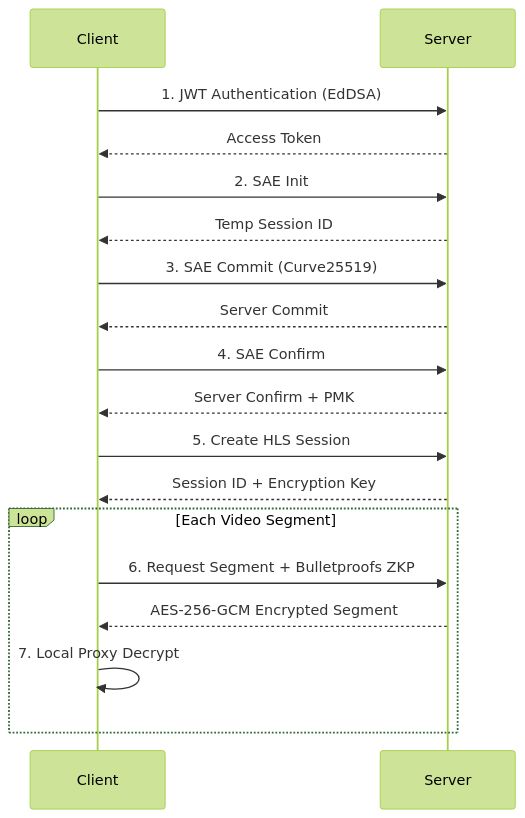
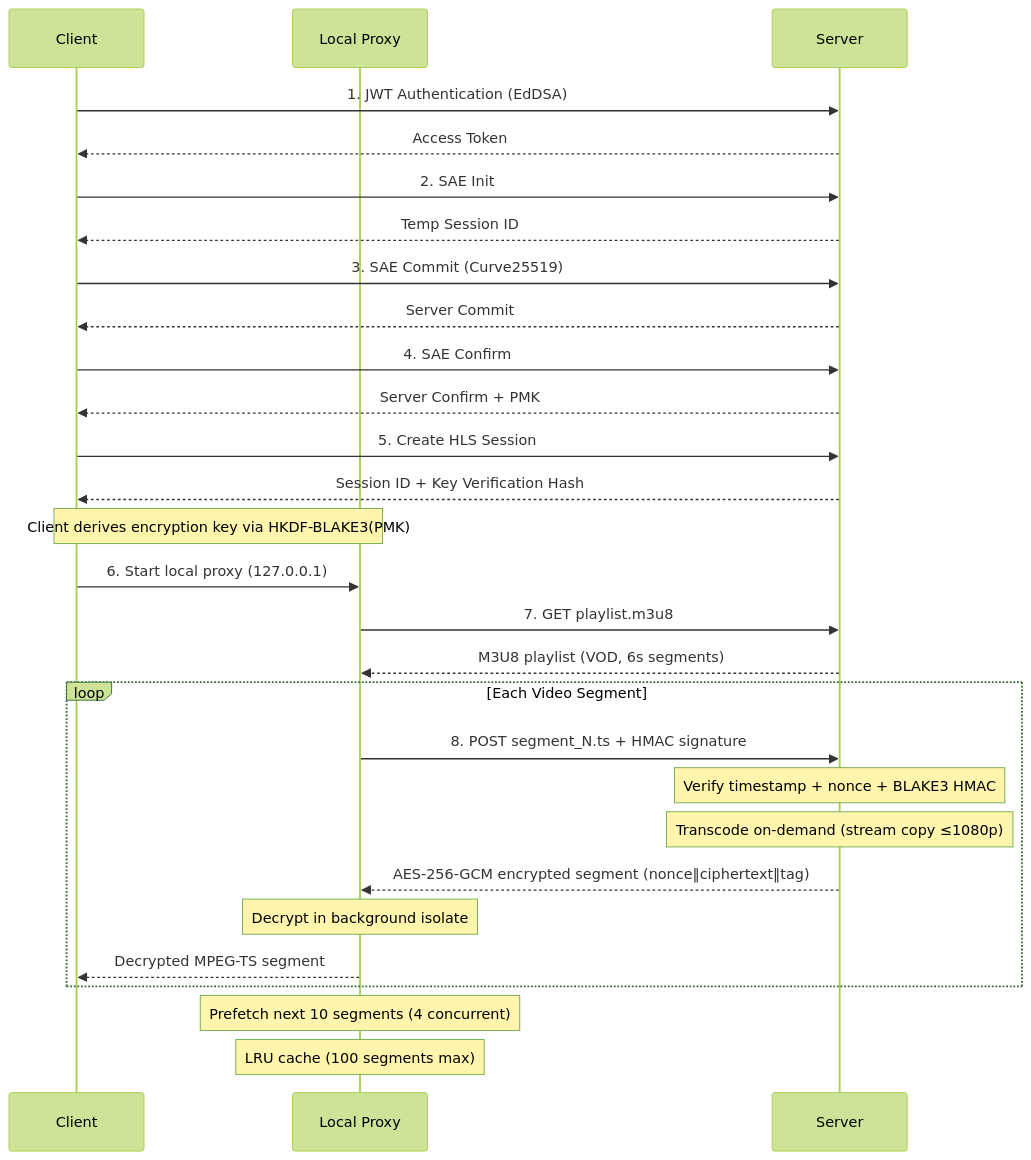
One commit to blueokanna/RockZeroOS-Service changed the second of 4 diagrams in README.md. Above: the diagram before and after it, drawn with Mermaid (forest theme). The commit also changed other lines of this file and 5 other files, not shown here.

````diff
--- a/README.md
+++ b/README.md
@@ -60,26 +60,38 @@
 ```mermaid
 sequenceDiagram
     participant C as Client
+    participant P as Local Proxy
     participant S as Server
     
     C->>S: 1. JWT Authentication (EdDSA)
     S-->>C: Access Token
     
     C->>S: 2. SAE Init
     S-->>C: Temp Session ID
     
     C->>S: 3. SAE Commit (Curve25519)
     S-->>C: Server Commit
     
     C->>S: 4. SAE Confirm
     S-->>C: Server Confirm + PMK
     
     C->>S: 5. Create HLS Session
-    S-->>C: Session ID + Encryption Key
+    S-->>C: Session ID + Key Verification Hash
+    
+    Note over C,P: Client derives encryption key via HKDF-BLAKE3(PMK)
+    C->>P: 6. Start local proxy (127.0.0.1)
+    P->>S: 7. GET playlist.m3u8
+    S-->>P: M3U8 playlist (VOD, 6s segments)
     
     loop Each Video Segment
-        C->>S: 6. Request Segment + Bulletproofs ZKP
-        S-->>C: AES-256-GCM Encrypted Segment
-        C->>C: 7. Local Proxy Decrypt
+        P->>S: 8. POST segment_N.ts + HMAC signature
+        Note over S: Verify timestamp + nonce + BLAKE3 HMAC
+        Note over S: Transcode on-demand (stream copy ≤1080p)
+        S-->>P: AES-256-GCM encrypted segment (nonce‖ciphertext‖tag)
+        Note over P: Decrypt in background isolate
+        P-->>C: Decrypted MPEG-TS segment
     end
+    
+    Note over P: Prefetch next 10 segments (4 concurrent)
+    Note over P: LRU cache (100 segments max)
 ```
````
